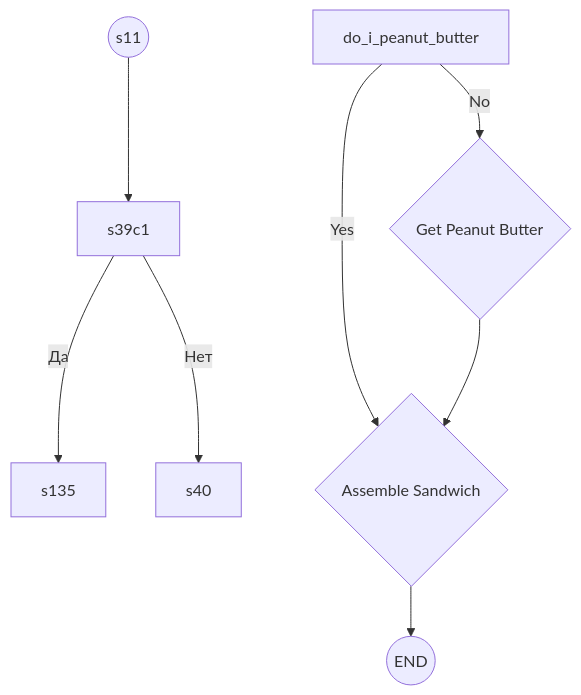
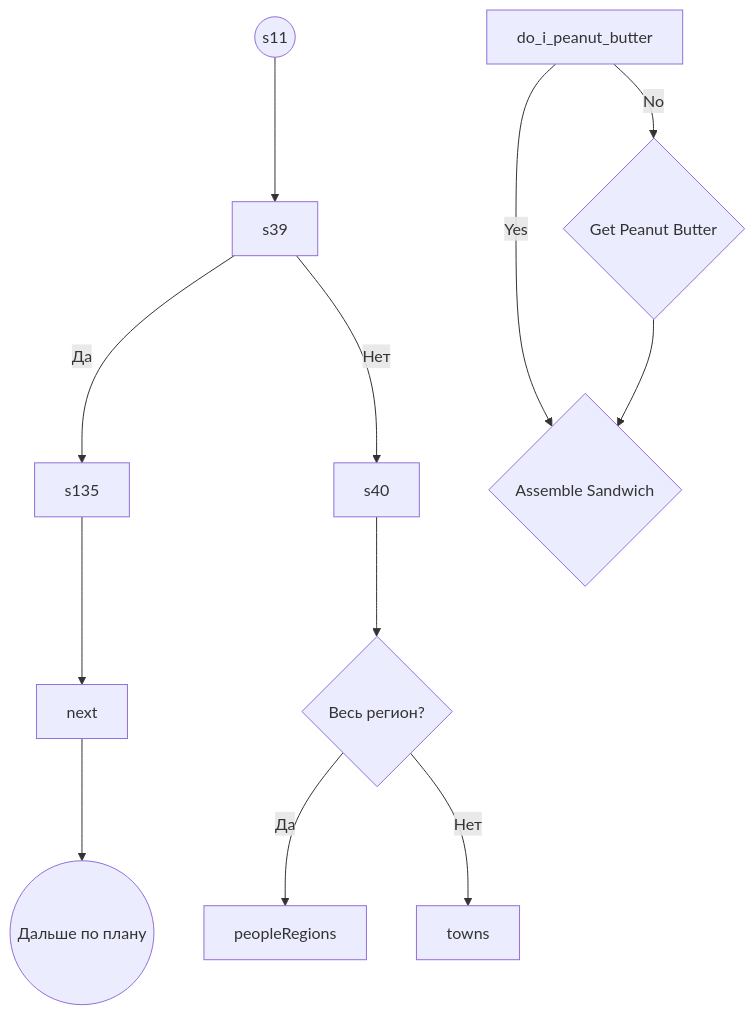
One commit to wolkoduff/myObsidianSync changed the diagram in 2024-10-14.md. Above: the diagram before and after it, drawn with Mermaid.

Commit message:
vault backup: 14.10.2024 12:58

````diff
--- a/2024-10-14.md
+++ b/2024-10-14.md
@@ -2,10 +2,14 @@
 ```mermaid
 flowchart TB
-    start_sequence((s11)) --> territoryRf[s39c1]
+    start_sequence((s11)) --> territoryRf[s39]
     territoryRf --> |Да| territoryRfPeople[s135]
     territoryRf --> |Нет| Regions[s40]
+    Regions --> fullRegion{Весь регион?}
+    fullRegion --> |Да| peopleRegions
+    fullRegion --> |Нет| towns
+    territoryRfPeople --> next
     do_i_peanut_butter -->|No| get_peanut_butter{Get Peanut Butter}
     do_i_peanut_butter -->|Yes| assemble{Assemble Sandwich}
     get_peanut_butter --> assemble{Assemble Sandwich}
-    assemble --> end_sequence((END))
+    next --> end_sequence((Дальше по плану))
 ```
````
